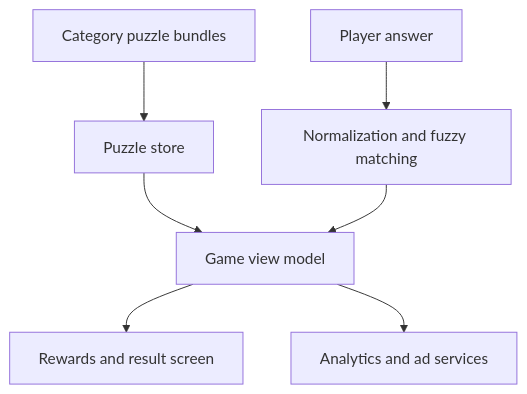
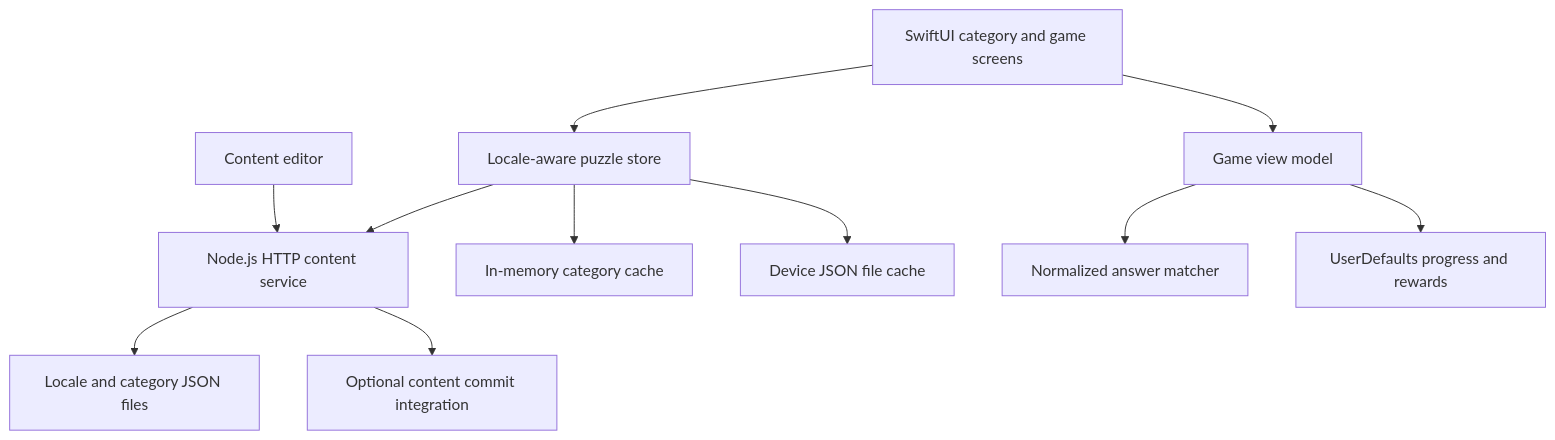
The diagram in docs/ENGINEERING.md (Zodomik/emoji-guess-showcase), drawn with Mermaid before and after one commit. The commit also changed other lines of this file and 3 other files, not shown here.

Commit message:
Document architecture, data models and implementation details

````diff
--- a/docs/ENGINEERING.md
+++ b/docs/ENGINEERING.md
@@ -7,9 +20,13 @@
 ```mermaid
 flowchart TD
-A[Category puzzle bundles] --> B[Puzzle store]
-B --> C[Game view model]
-D[Player answer] --> E[Normalization and fuzzy matching]
-E --> C
-C --> F[Rewards and result screen]
-C --> G[Analytics and ad services]
+    UI[SwiftUI category and game screens] --> Store[Locale-aware puzzle store]
+    Store --> API[Node.js HTTP content service]
+    API --> Files[Locale and category JSON files]
+    Store --> Memory[In-memory category cache]
+    Store --> Disk[Device JSON file cache]
+    UI --> VM[Game view model]
+    VM --> Match[Normalized answer matcher]
+    VM --> Progress[UserDefaults progress and rewards]
+    Admin[Content editor] --> API
+    API --> Git[Optional content commit integration]
 ```
````
